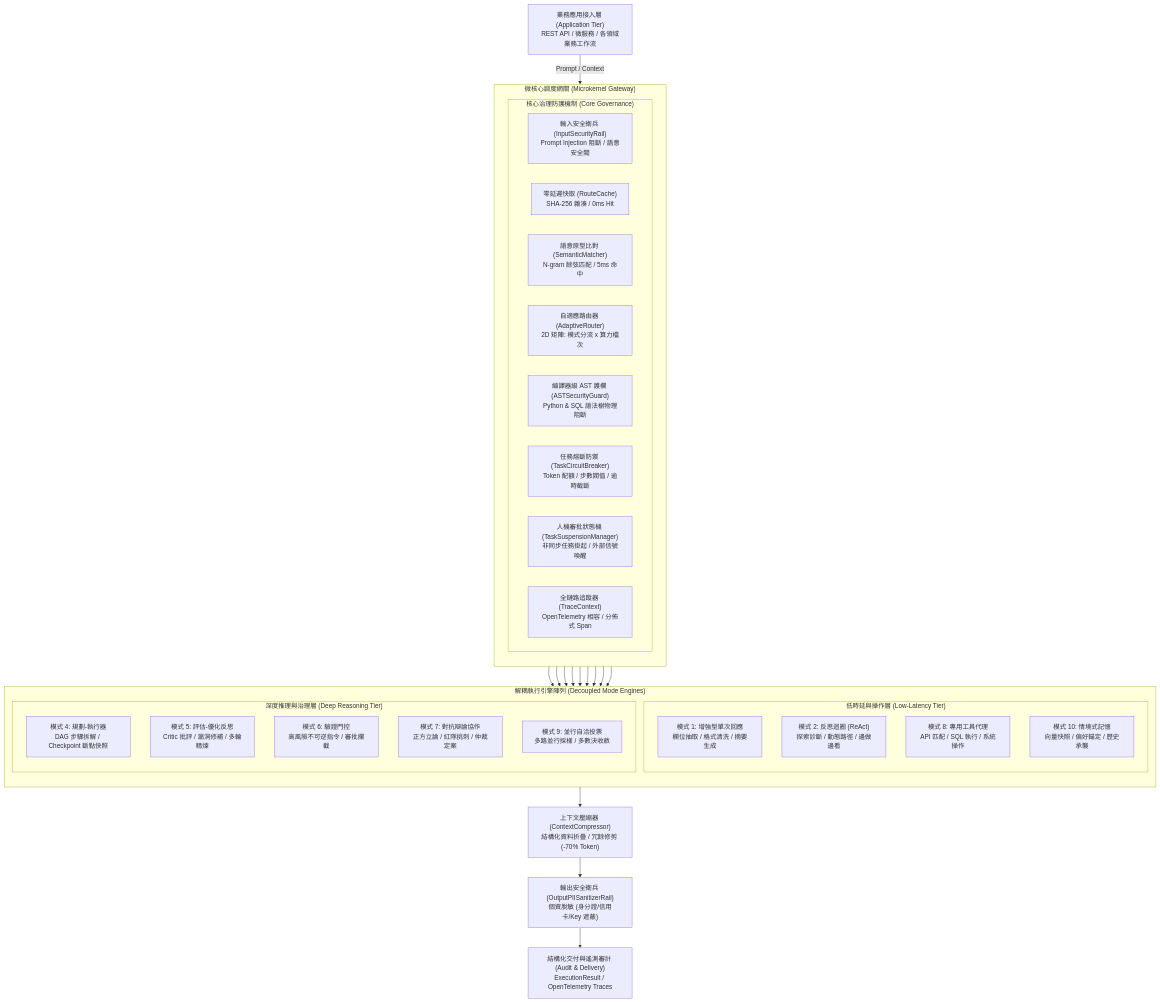
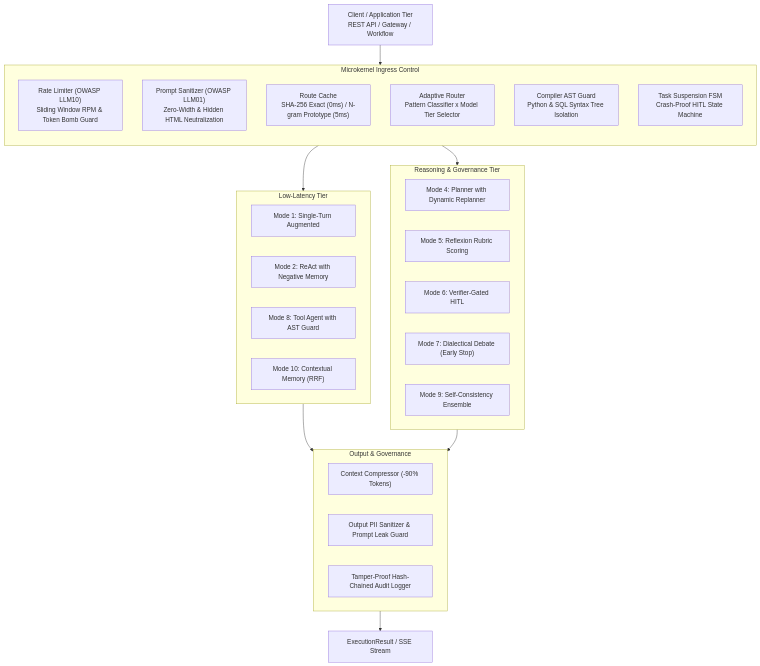
Before and after one commit to yarin0324/adaptive-agent-router: the diagram in README.md, drawn with Mermaid. The commit also changed other lines of this file, not shown here.

Commit message:
docs: overhaul README to developer-first open-source standard, remove AI slop and corporate jargon

````diff
--- a/README.md
+++ b/README.md
@@ -24,41 +73,41 @@
 ```mermaid
 flowchart TD
-    Client["業務應用接入層 (Application Tier)<br>REST API / 微服務 / 各領域業務工作流"] -->|Prompt / Context| Ingress
+    Client["Client / Application Tier<br>REST API / Gateway / Workflow"] --> Ingress
 
-    subgraph Ingress ["微核心調度網關 (Microkernel Gateway)"]
+    subgraph Ingress ["Microkernel Ingress Control"]
         direction TB
-        subgraph CoreServices ["核心治理防護機制 (Core Governance)"]
-            InputRail["輸入安全衛兵 (InputSecurityRail)<br>Prompt Injection 阻斷 / 語意安全閥"]
-            Cache["零延遲快取 (RouteCache)<br>SHA-256 雜湊 / 0ms Hit"]
-            Matcher["語意原型比對 (SemanticMatcher)<br>N-gram 餘弦匹配 / 5ms 命中"]
-            Router["自適應路由器 (AdaptiveRouter)<br>2D 矩陣: 模式分流 x 算力檔次"]
-            ASTGuard["編譯器級 AST 護欄 (ASTSecurityGuard)<br>Python & SQL 語法樹物理阻斷"]
-            Breaker["任務熔斷防禦 (TaskCircuitBreaker)<br>Token 配額 / 步數閥值 / 逾時截斷"]
-            FSM["人機審批狀態機 (TaskSuspensionManager)<br>非同步任務掛起 / 外部信號喚醒"]
-            Tracer["全鏈路追蹤器 (TraceContext)<br>OpenTelemetry 相容 / 分佈式 Span"]
-        end
+        RL["Rate Limiter (OWASP LLM10)<br>Sliding Window RPM & Token Bomb Guard"]
+        Sanitizer["Prompt Sanitizer (OWASP LLM01)<br>Zero-Width & Hidden HTML Neutralization"]
+        Cache["Route Cache<br>SHA-256 Exact (0ms) / N-gram Prototype (5ms)"]
+        Router["Adaptive Router<br>Pattern Classifier x Model Tier Selector"]
+        AST["Compiler AST Guard<br>Python & SQL Syntax Tree Isolation"]
+        FSM["Task Suspension FSM<br>Crash-Proof HITL State Machine"]
     end
 
-    Ingress --> M1 & M2 & M4 & M5 & M6 & M7 & M8 & M9 & M10
+    Ingress --> LowTier & HighTier
 
-    subgraph Engines ["解耦執行引擎陣列 (Decoupled Mode Engines)"]
-        direction TB
-        subgraph LowLatencyTier ["低時延與操作層 (Low-Latency Tier)"]
-            M1["模式 1: 增強型單次回應<br>欄位抽取 / 格式清洗 / 摘要生成"]
-            M2["模式 2: 反思迴圈 (ReAct)<br>探索診斷 / 動態路徑 / 邊做邊看"]
-            M8["模式 8: 專用工具代理<br>API 匹配 / SQL 執行 / 系統操作"]
-            M10["模式 10: 情境式記憶<br>向量快照 / 偏好錨定 / 歷史承襲"]
-        end
-        subgraph HighReasoningTier ["深度推理與治理層 (Deep Reasoning Tier)"]
-            M4["模式 4: 規劃-執行器<br>DAG 步驟拆解 / Checkpoint 斷點快照"]
-            M5["模式 5: 評估-優化反思<br>Critic 批評 / 漏洞修補 / 多輪精煉"]
-            M6["模式 6: 驗證門控<br>高風險不可逆指令 / 審批攔截"]
-            M7["模式 7: 對抗辯論協作<br>正方立論 / 紅隊挑刺 / 仲裁定案"]
-            M9["模式 9: 並行自洽投票<br>多路並行採樣 / 多數決收斂"]
-        end
+    subgraph LowTier ["Low-Latency Tier"]
+        M1["Mode 1: Single-Turn Augmented"]
+        M2["Mode 2: ReAct with Negative Memory"]
+        M8["Mode 8: Tool Agent with AST Guard"]
+        M10["Mode 10: Contextual Memory (RRF)"]
     end
 
-    Engines --> Compression["上下文壓縮器 (ContextCompressor)<br>結構化資料折疊 / 冗餘修剪 (-70% Token)"]
-    Compression --> OutputRail["輸出安全衛兵 (OutputPIISanitizerRail)<br>個資脫敏 (身分證/信用卡/Key 遮蔽)"]
-    OutputRail --> Output["結構化交付與遙測審計 (Audit & Delivery)<br>ExecutionResult / OpenTelemetry Traces"]
+    subgraph HighTier ["Reasoning & Governance Tier"]
+        M4["Mode 4: Planner with Dynamic Replanner"]
+        M5["Mode 5: Reflexion Rubric Scoring"]
+        M6["Mode 6: Verifier-Gated HITL"]
+        M7["Mode 7: Dialectical Debate (Early Stop)"]
+        M9["Mode 9: Self-Consistency Ensemble"]
+    end
+
+    LowTier & HighTier --> PostProcess
+
+    subgraph PostProcess ["Output & Governance"]
+        Compress["Context Compressor (-90% Tokens)"]
+        PII["Output PII Sanitizer & Prompt Leak Guard"]
+        Audit["Tamper-Proof Hash-Chained Audit Logger"]
+    end
+
+    PostProcess --> Out["ExecutionResult / SSE Stream"]
 ```
````
